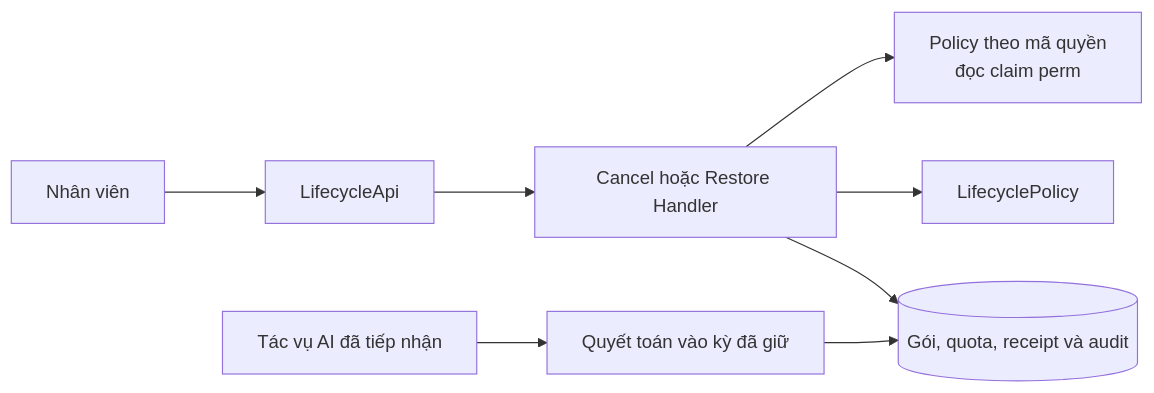
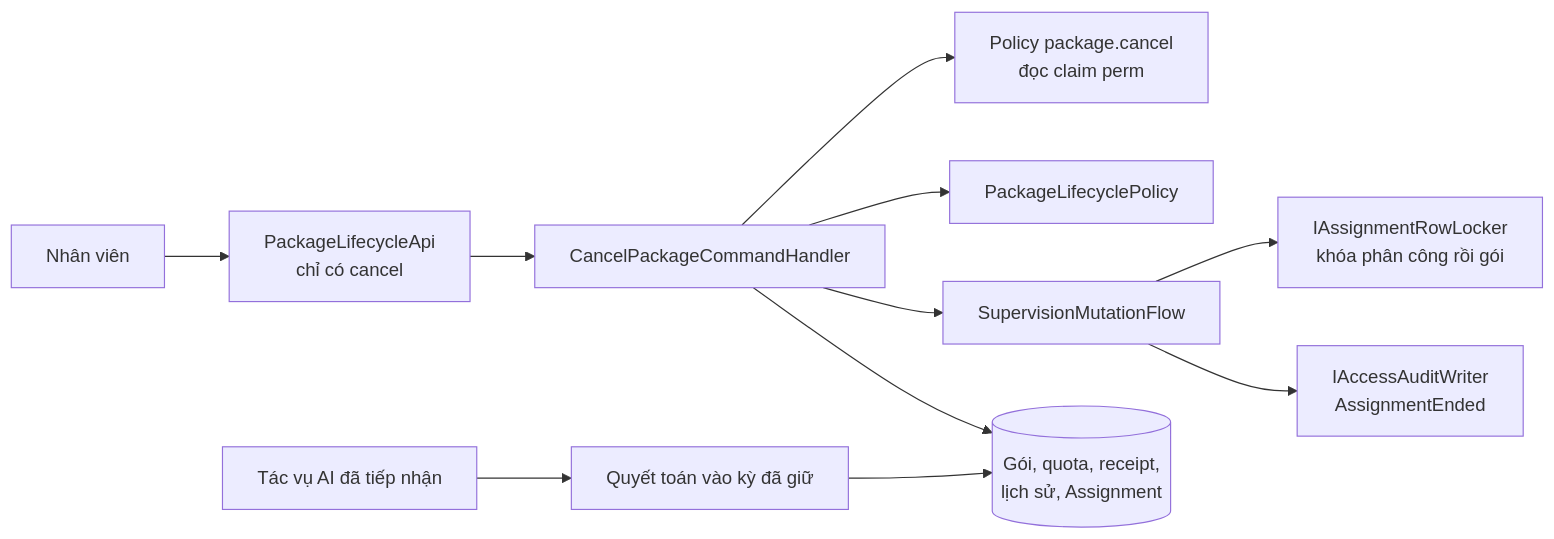
Before and after one commit to TaskCoper/bmt-documentation: the first of 5 diagrams in tdd/TDD-SUB-005.md, drawn with Mermaid. The commit also changed other lines of this file and 190 other files, not shown here.

First line of the commit message:
docs: gỡ gói giám sát, bỏ khôi phục và khóa sửa công trình

````diff
--- a/tdd/TDD-SUB-005.md
+++ b/tdd/TDD-SUB-005.md
@@ -98,10 +120,13 @@
 ```mermaid
 flowchart LR
-    S[Nhân viên] --> A[LifecycleApi]
-    A --> H[Cancel hoặc Restore Handler]
-    H --> P[Policy theo mã quyền<br/>đọc claim perm]
-    H --> L[LifecyclePolicy]
-    H --> D[(Gói, quota, receipt và audit)]
+    S[Nhân viên] --> A[PackageLifecycleApi<br/>chỉ có cancel]
+    A --> H[CancelPackageCommandHandler]
+    H --> P[Policy package.cancel<br/>đọc claim perm]
+    H --> L[PackageLifecyclePolicy]
+    H --> F[SupervisionMutationFlow]
+    F --> K[IAssignmentRowLocker<br/>khóa phân công rồi gói]
+    F --> AU[IAccessAuditWriter<br/>AssignmentEnded]
+    H --> D[(Gói, quota, receipt,<br/>lịch sử, Assignment)]
     J[Tác vụ AI đã tiếp nhận] --> Q[Quyết toán vào kỳ đã giữ]
     Q --> D
 ```
````
